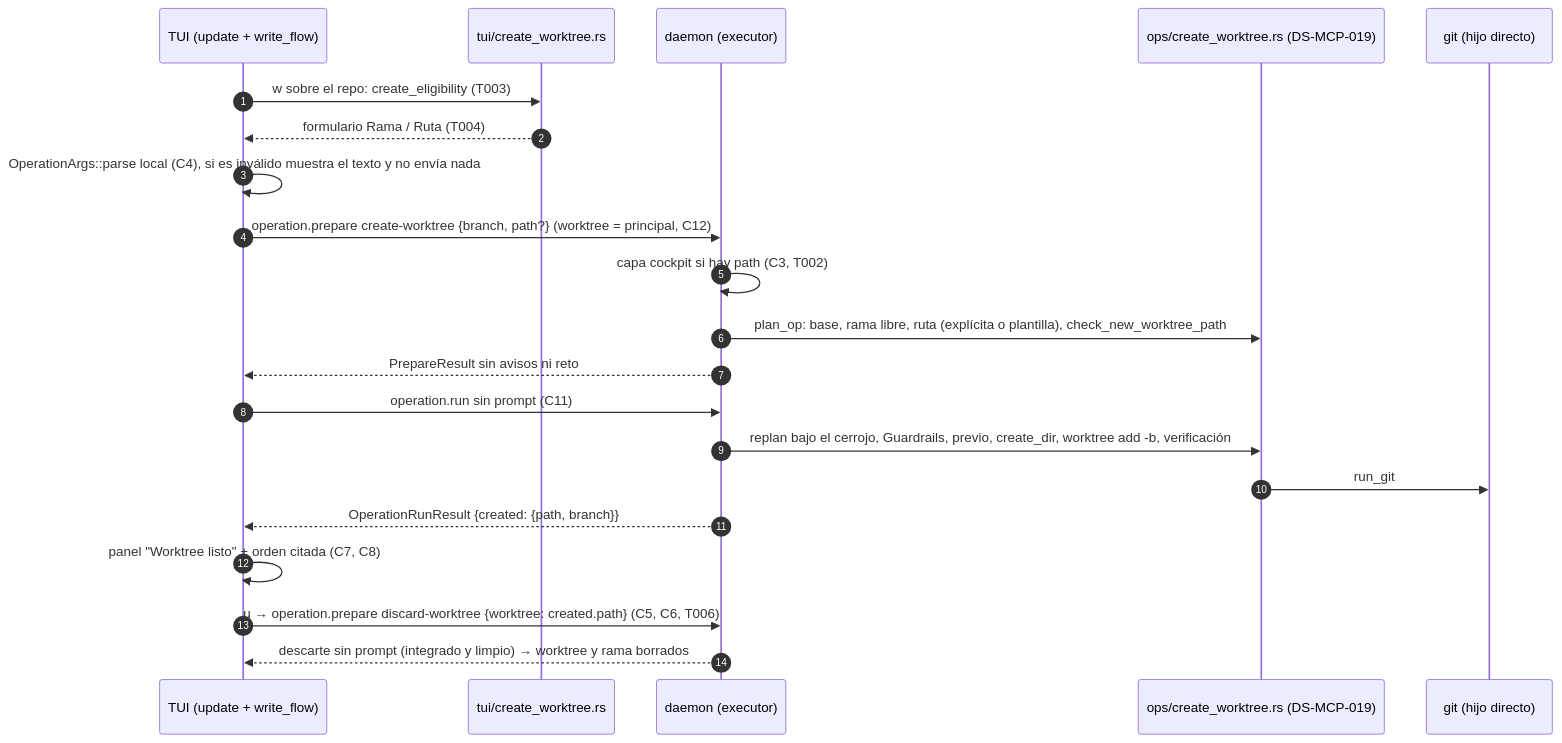
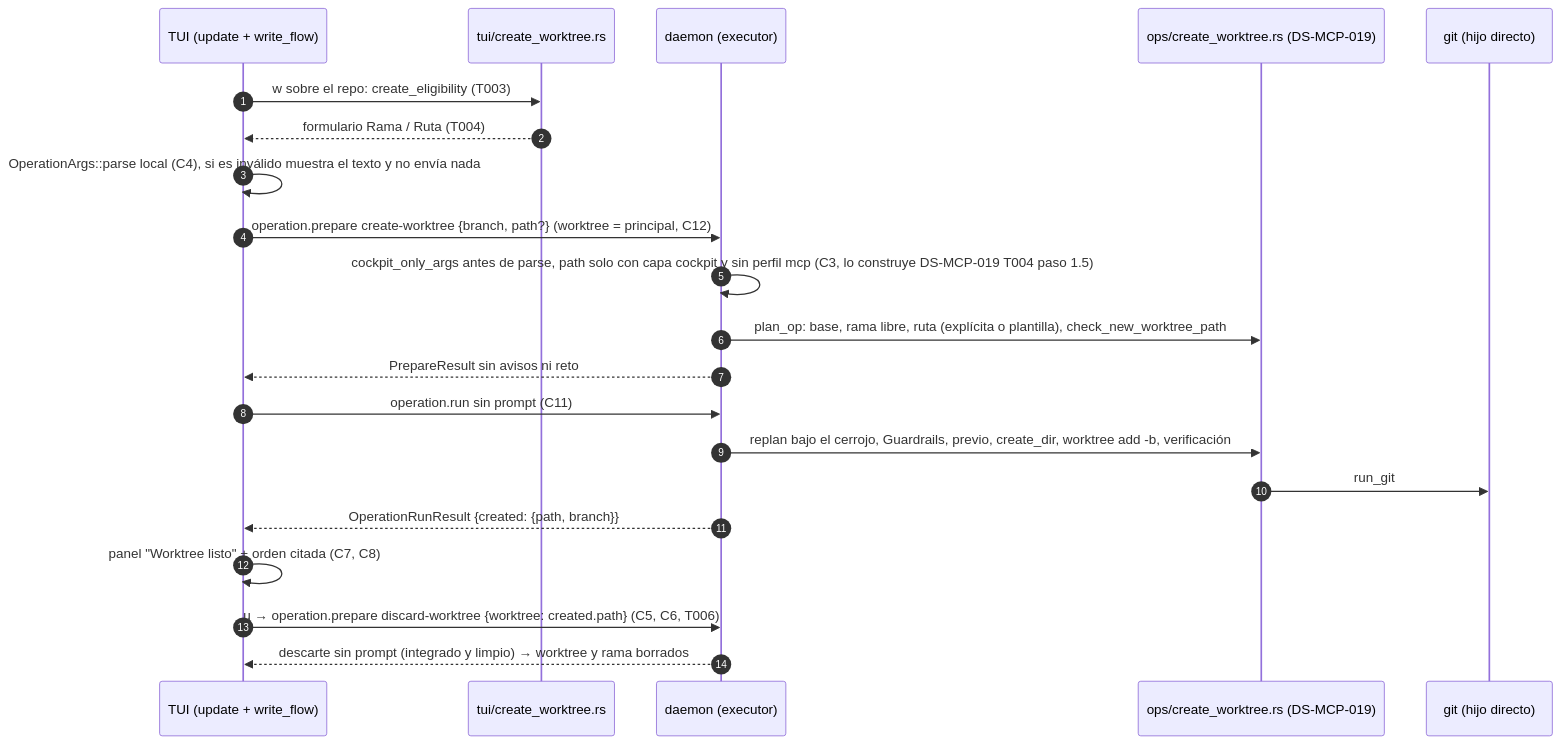
The diagram in docs/requirements/features/cockpit/dev-specs/US-CKP-018-crear-worktree.md (rbonillajr/gitRaptor), drawn with Mermaid before and after one commit. The commit also changed other lines of this file and 9 other files, not shown here.

````diff
--- a/docs/requirements/features/cockpit/dev-specs/US-CKP-018-crear-worktree.md
+++ b/docs/requirements/features/cockpit/dev-specs/US-CKP-018-crear-worktree.md
@@ -128,23 +128,23 @@
 ```mermaid
 sequenceDiagram
     autonumber
     participant T as TUI (update + write_flow)
     participant F as tui/create_worktree.rs
     participant D as daemon (executor)
     participant A as ops/create_worktree.rs (DS-MCP-019)
     participant G as git (hijo directo)
     T->>F: w sobre el repo: create_eligibility (T003)
     F-->>T: formulario Rama / Ruta (T004)
     T->>T: OperationArgs::parse local (C4), si es inválido muestra el texto y no envía nada
     T->>D: operation.prepare create-worktree {branch, path?} (worktree = principal, C12)
-    D->>D: capa cockpit si hay path (C3, T002)
+    D->>D: cockpit_only_args antes de parse, path solo con capa cockpit y sin perfil mcp (C3, lo construye DS-MCP-019 T004 paso 1.5)
     D->>A: plan_op: base, rama libre, ruta (explícita o plantilla), check_new_worktree_path
     D-->>T: PrepareResult sin avisos ni reto
     T->>D: operation.run sin prompt (C11)
     D->>A: replan bajo el cerrojo, Guardrails, previo, create_dir, worktree add -b, verificación
     A->>G: run_git
     D-->>T: OperationRunResult {created: {path, branch}}
     T->>T: panel "Worktree listo" + orden citada (C7, C8)
     T->>D: u → operation.prepare discard-worktree {worktree: created.path} (C5, C6, T006)
     D-->>T: descarte sin prompt (integrado y limpio) → worktree y rama borrados
 ```
````
